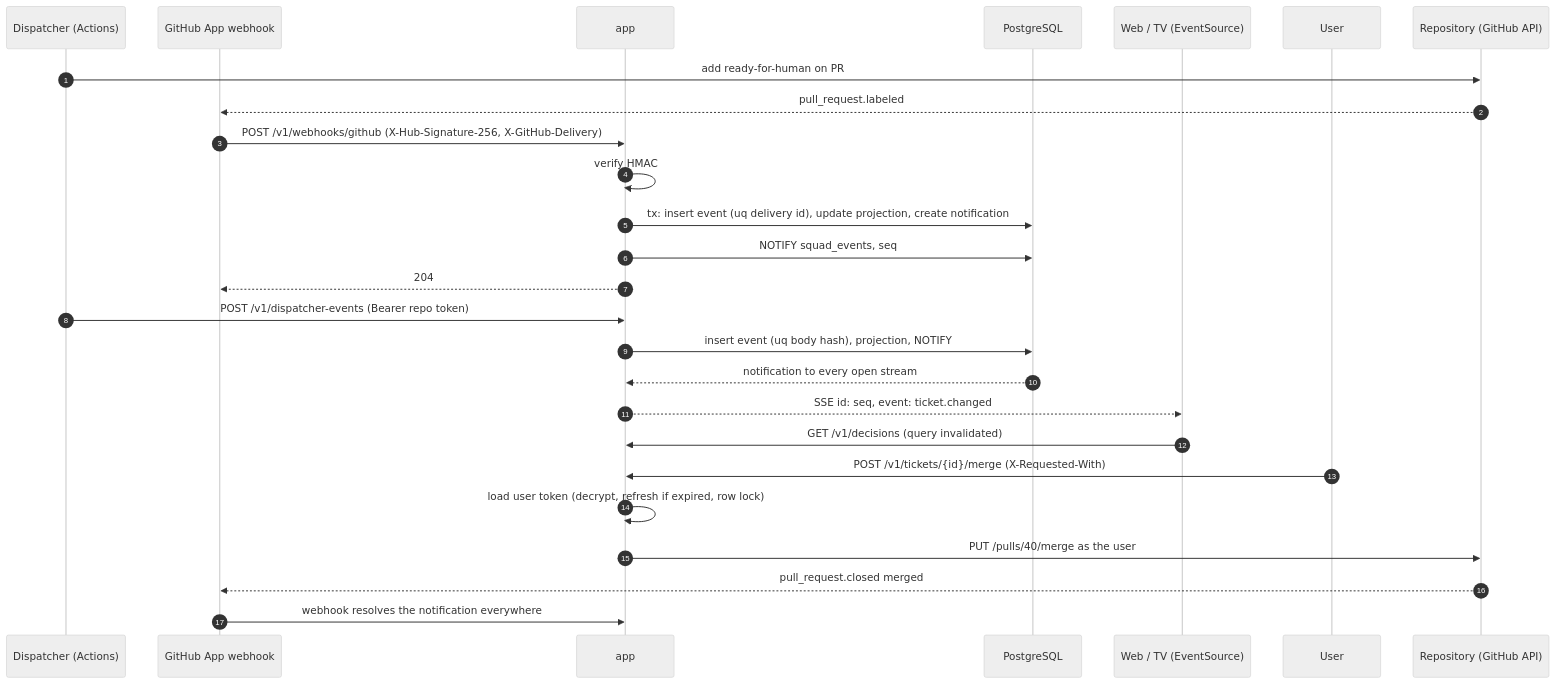
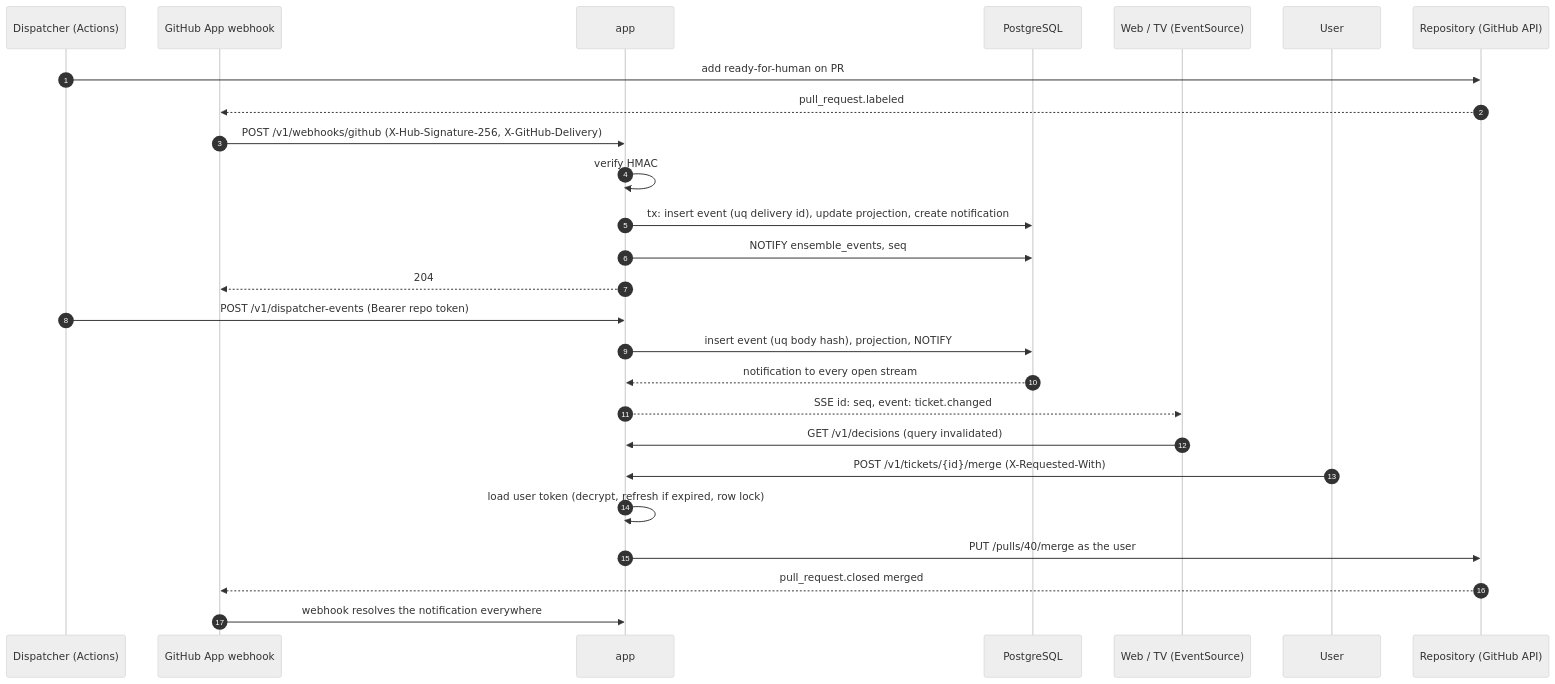
Before and after one commit to GabrielSoares-Dev/project-generator: the second of 4 diagrams in .scratch/platform/architecture.md, drawn with Mermaid (neutral theme).

Commit message:
docs: rename the notify channel to ensemble_events
Claude-Session: https://claude.ai/code/session_01HHNFCaM4MVt9Po9eCovieX

````diff
--- a/.scratch/platform/architecture.md
+++ b/.scratch/platform/architecture.md
@@ -97,29 +97,29 @@
 ```mermaid
 sequenceDiagram
   autonumber
   participant D as Dispatcher (Actions)
   participant G as GitHub App webhook
   participant A as app
   participant P as PostgreSQL
   participant W as Web / TV (EventSource)
   participant U as User
   participant R as Repository (GitHub API)
 
   D->>R: add ready-for-human on PR #40
   R-->>G: pull_request.labeled
   G->>A: POST /v1/webhooks/github (X-Hub-Signature-256, X-GitHub-Delivery)
   A->>A: verify HMAC
   A->>P: tx: insert event (uq delivery id), update projection, create notification
-  A->>P: NOTIFY squad_events, seq
+  A->>P: NOTIFY ensemble_events, seq
   A-->>G: 204
   D->>A: POST /v1/dispatcher-events (Bearer repo token)
   A->>P: insert event (uq body hash), projection, NOTIFY
   P-->>A: notification to every open stream
   A-->>W: SSE id: seq, event: ticket.changed
   W->>A: GET /v1/decisions (query invalidated)
   U->>A: POST /v1/tickets/{id}/merge (X-Requested-With)
   A->>A: load user token (decrypt, refresh if expired, row lock)
   A->>R: PUT /pulls/40/merge as the user
   R-->>G: pull_request.closed merged
   G->>A: webhook resolves the notification everywhere
 ```
````
